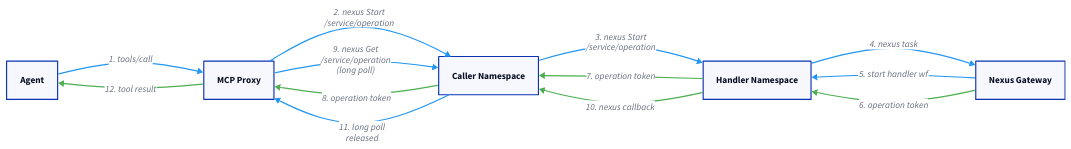
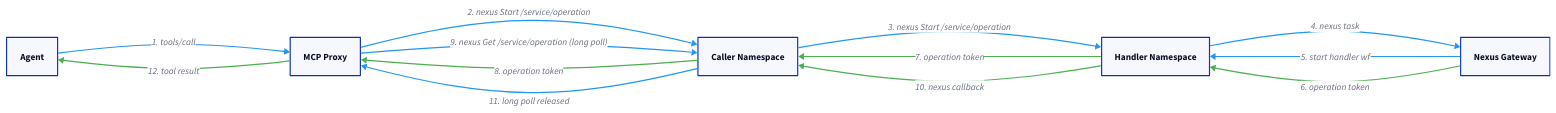
One commit to dandavison/seq2boxes changed the diagram in samples/05-nexus-complex/build/boxes-mcp.d2. Above: the diagram before and after it, drawn with D2. The commit also changed 23 other files, not shown here.

```diff
--- a/samples/05-nexus-complex/build/boxes-mcp.d2
+++ b/samples/05-nexus-complex/build/boxes-mcp.d2
@@ -1,49 +1,49 @@
 vars: {
   d2-config: {
     theme-id: 0
   }
 }
 
 direction: right
 
 "Agent" -> "MCP Proxy": "1. tools/call" {
   style.stroke: "#2196f3"
 }
-"MCP Proxy" -> "Caller Namespace": "2. nexus Start\n/service/operation" {
+"MCP Proxy" -> "Caller Namespace": "2. nexus Start /service/operation" {
   style.stroke: "#2196f3"
 }
-"Caller Namespace" -> "Handler Namespace": "3. nexus Start\n/service/operation" {
+"Caller Namespace" -> "Handler Namespace": "3. nexus Start /service/operation" {
   style.stroke: "#2196f3"
 }
 "Handler Namespace" -> "Nexus Gateway": "4. nexus task" {
   style.stroke: "#2196f3"
 }
 "Nexus Gateway" -> "Handler Namespace": "5. start handler wf" {
   style.stroke: "#2196f3"
 }
 "Nexus Gateway" -> "Handler Namespace": "6. operation token" {
   style.stroke: "#4caf50"
   style.stroke-width: 2
 }
 "Handler Namespace" -> "Caller Namespace": "7. operation token" {
   style.stroke: "#4caf50"
   style.stroke-width: 2
 }
 "Caller Namespace" -> "MCP Proxy": "8. operation token" {
   style.stroke: "#4caf50"
   style.stroke-width: 2
 }
-"MCP Proxy" -> "Caller Namespace": "9. nexus Get\n/service/operation\n(long poll)" {
+"MCP Proxy" -> "Caller Namespace": "9. nexus Get /service/operation (long poll)" {
   style.stroke: "#2196f3"
 }
 "Handler Namespace" -> "Caller Namespace": "10. nexus callback" {
   style.stroke: "#4caf50"
   style.stroke-width: 2
 }
-"Caller Namespace" -> "MCP Proxy": "11. long poll\nreleased" {
+"Caller Namespace" -> "MCP Proxy": "11. long poll released" {
   style.stroke: "#2196f3"
 }
 "MCP Proxy" -> "Agent": "12. tool result" {
   style.stroke: "#4caf50"
   style.stroke-width: 2
 }
```
